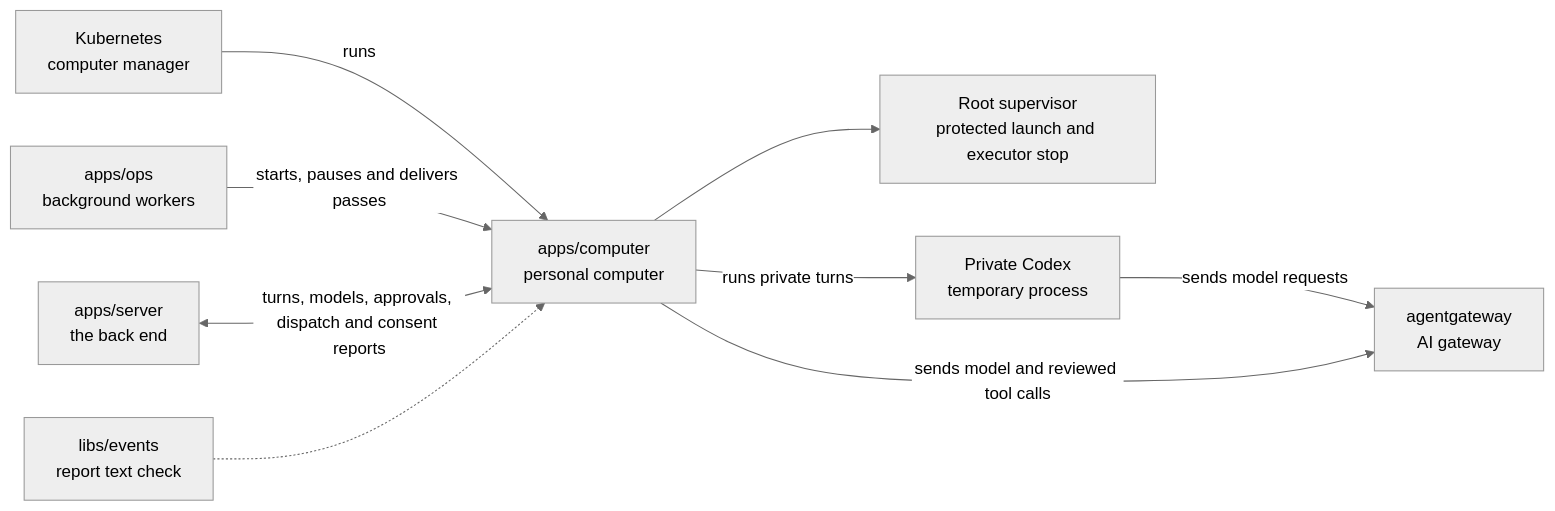
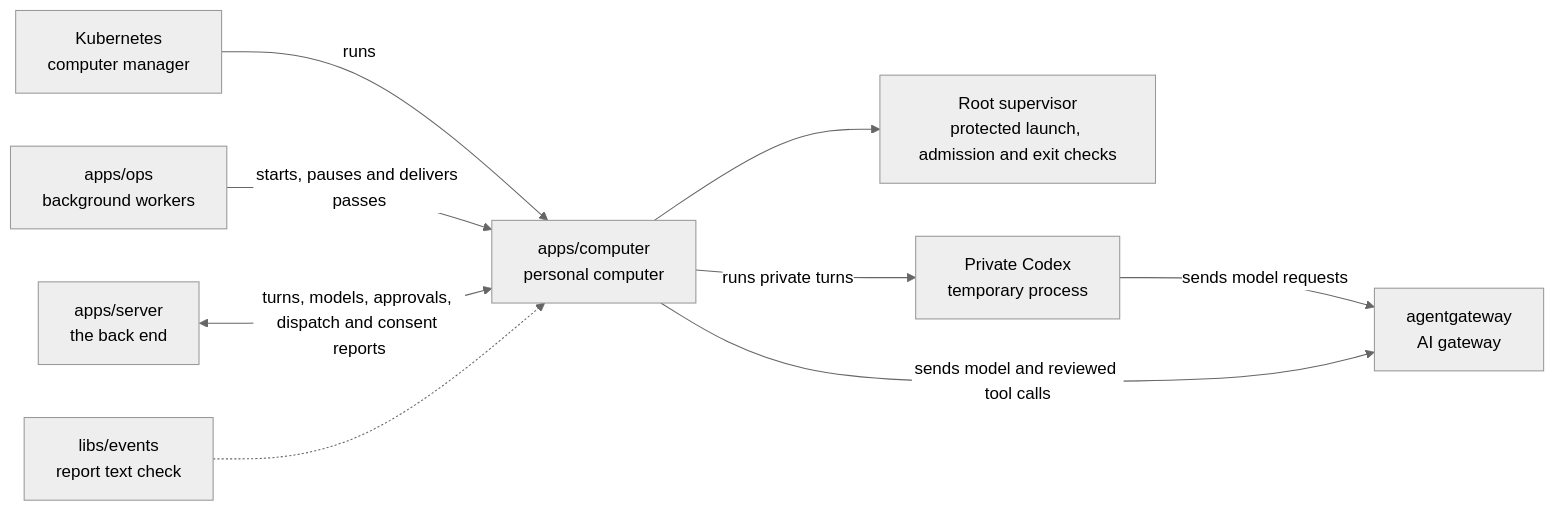
Before and after one commit to elewa-git/opencrane-new: the diagram in apps/computer/README.md, drawn with Mermaid (neutral theme). The commit also changed other lines of this file and 5 other files, not shown here.

````diff
--- a/apps/computer/README.md
+++ b/apps/computer/README.md
@@ -15,11 +16,11 @@
 ```mermaid
 flowchart LR
   kube["Kubernetes<br/>computer manager"] -->|runs| computer["apps/computer<br/>personal computer"]
   ops["apps/ops<br/>background workers"] -->|starts, pauses and delivers passes| computer
   server["apps/server<br/>the back end"] <-->|turns, models, approvals, dispatch and consent reports| computer
   events["libs/events<br/>report text check"] -.-> computer
-  computer --> supervisor["Root supervisor<br/>protected launch and executor stop"]
+  computer --> supervisor["Root supervisor<br/>protected launch, admission and exit checks"]
   computer -->|runs private turns| private["Private Codex<br/>temporary process"]
   private -->|sends model requests| gateway
   computer -->|sends model and reviewed tool calls| gateway["agentgateway<br/>AI gateway"]
 ```
````
